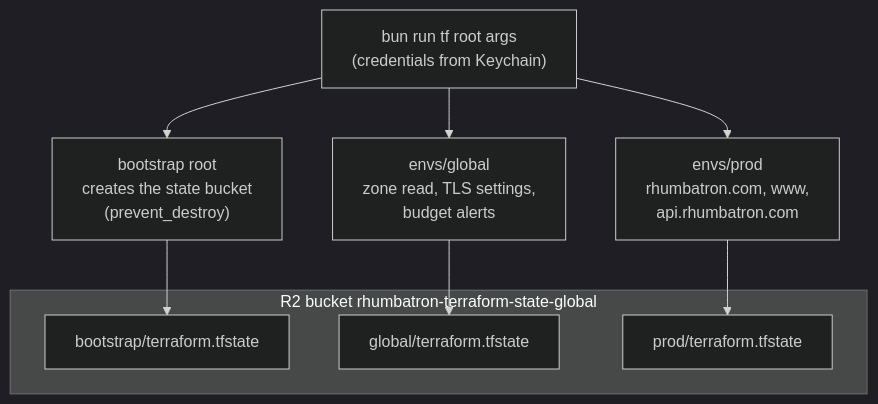
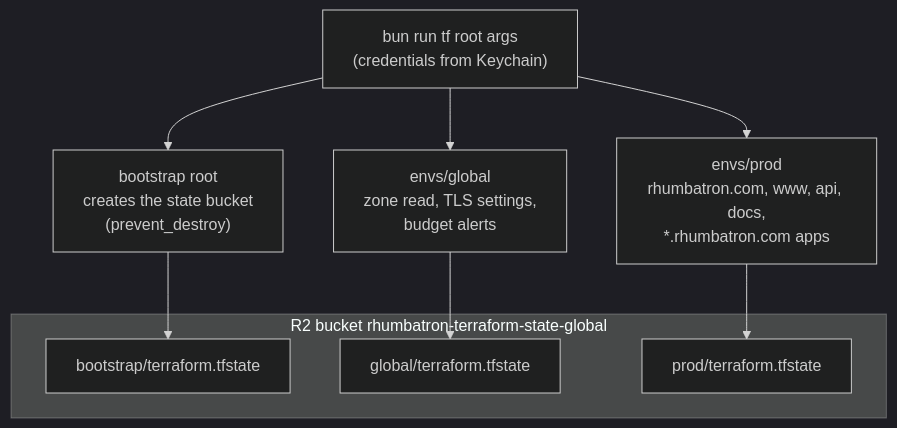
Before and after one commit to nsudhanva/rhumbatron: the first of 6 diagrams in docs/architecture/infrastructure-and-cost.md, drawn with Mermaid (dark theme). The commit also changed other lines of this file and 47 other files, not shown here.

````diff
--- a/docs/architecture/infrastructure-and-cost.md
+++ b/docs/architecture/infrastructure-and-cost.md
@@ -20,14 +22,14 @@
 ```mermaid
 flowchart TB
   subgraph R2["R2 bucket rhumbatron-terraform-state-global"]
     KB["bootstrap/terraform.tfstate"]
     KG["global/terraform.tfstate"]
     KP["prod/terraform.tfstate"]
   end
   BOOT["bootstrap root<br/>creates the state bucket<br/>(prevent_destroy)"] --> KB
   GLOB["envs/global<br/>zone read, TLS settings,<br/>budget alerts"] --> KG
-  PROD["envs/prod<br/>rhumbatron.com, www,<br/>api.rhumbatron.com"] --> KP
+  PROD["envs/prod<br/>rhumbatron.com, www, api, docs,<br/>*.rhumbatron.com apps"] --> KP
   TF["bun run tf root args<br/>(credentials from Keychain)"] --> BOOT
   TF --> GLOB
   TF --> PROD
 ```
````
